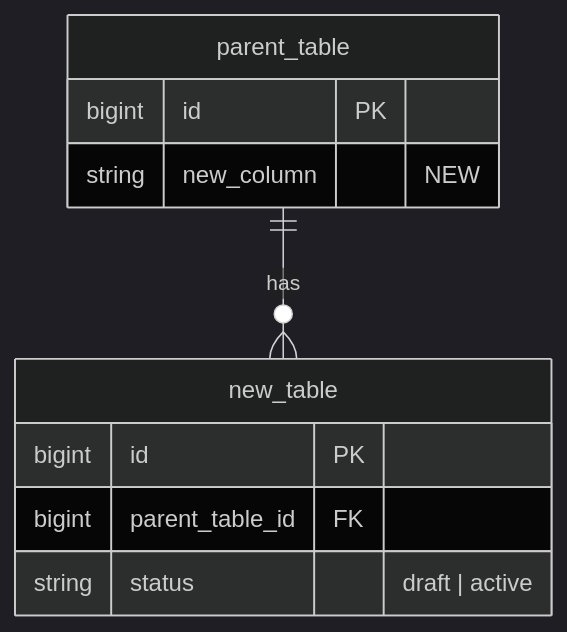
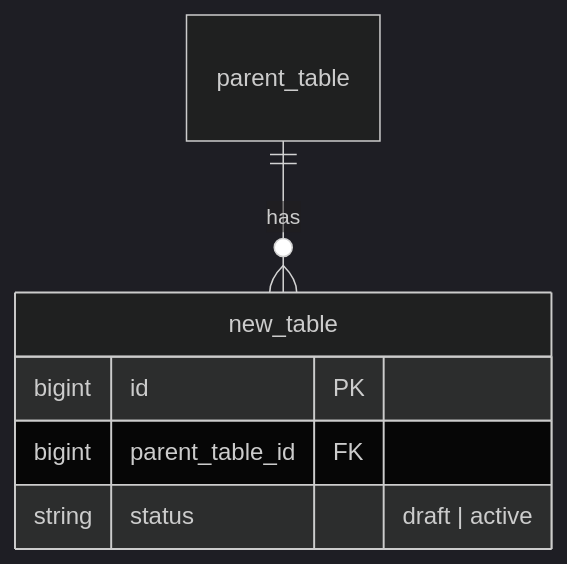
One commit to sampadadiwan/IRM_CompanyMain changed the third of 3 diagrams in openspec/schemas/spec-driven/templates/design.md. Above: the diagram before and after it, drawn with Mermaid (dark theme). The commit also changed other lines of this file and 191 other files, not shown here.

````diff
--- a/openspec/schemas/spec-driven/templates/design.md
+++ b/openspec/schemas/spec-driven/templates/design.md
@@ -164,13 +241,9 @@
 ```mermaid
 erDiagram
     parent_table ||--o{ new_table : "has"
     new_table {
         bigint id PK
         bigint parent_table_id FK
         string status "draft | active"
     }
-    parent_table {
-        bigint id PK
-        string new_column "NEW"
-    }
 ```
````
